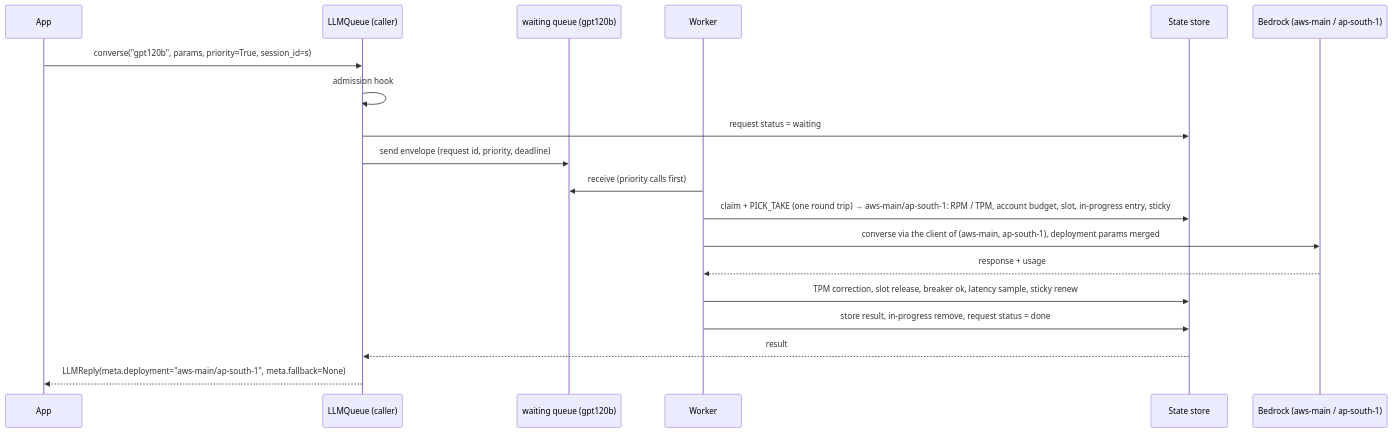
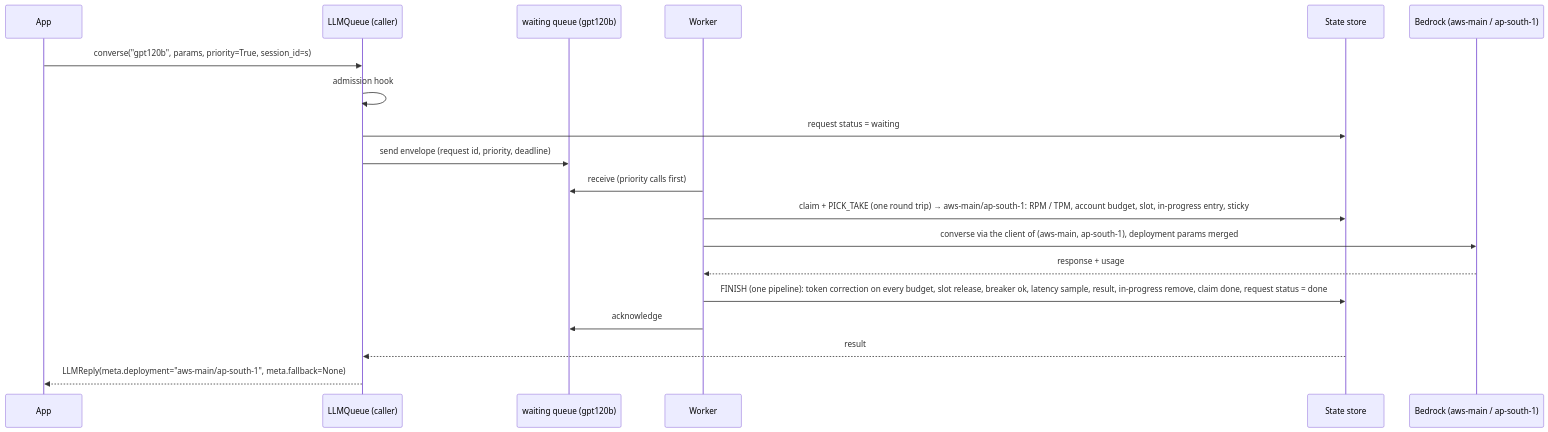
Before and after one commit to techiewonk/taskiq-llm-queue: the sixth of 10 diagrams in docs/ACCOUNT_ROUTING_PLAN.md, drawn with Mermaid. The commit also changed other lines of this file and 1 other file, not shown here.

Commit message:
Plan: cleanup pass (diagrams, code structure, CLI list, owner list, decision order)

````diff
--- a/docs/ACCOUNT_ROUTING_PLAN.md
+++ b/docs/ACCOUNT_ROUTING_PLAN.md
@@ -769,21 +764,21 @@
 ```mermaid
 sequenceDiagram
   participant App
   participant C as LLMQueue (caller)
   participant WQ as waiting queue (gpt120b)
   participant W as Worker
   participant V as State store
   participant B as Bedrock (aws-main / ap-south-1)
   App->>C: converse("gpt120b", params, priority=True, session_id=s)
   C->>C: admission hook
   C->>V: request status = waiting
   C->>WQ: send envelope (request id, priority, deadline)
   W->>WQ: receive (priority calls first)
   W->>V: claim + PICK_TAKE (one round trip) → aws-main/ap-south-1: RPM / TPM, account budget, slot, in-progress entry, sticky
   W->>B: converse via the client of (aws-main, ap-south-1), deployment params merged
   B-->>W: response + usage
-  W->>V: TPM correction, slot release, breaker ok, latency sample, sticky renew
-  W->>V: store result, in-progress remove, request status = done
+  W->>V: FINISH (one pipeline): token correction on every budget, slot release, breaker ok, latency sample, result, in-progress remove, claim done, request status = done
+  W->>WQ: acknowledge
   V-->>C: result
   C-->>App: LLMReply(meta.deployment="aws-main/ap-south-1", meta.fallback=None)
 ```
````
